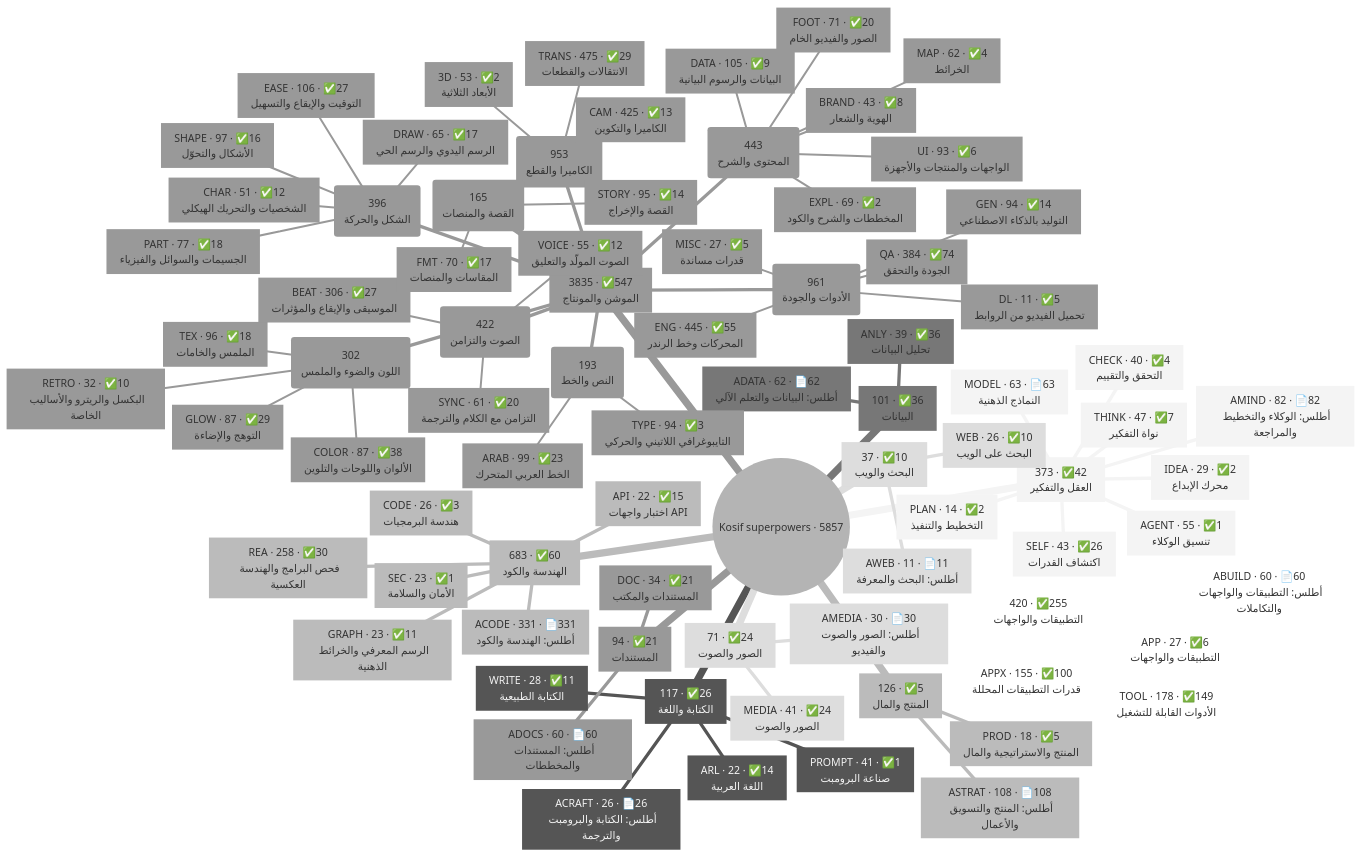
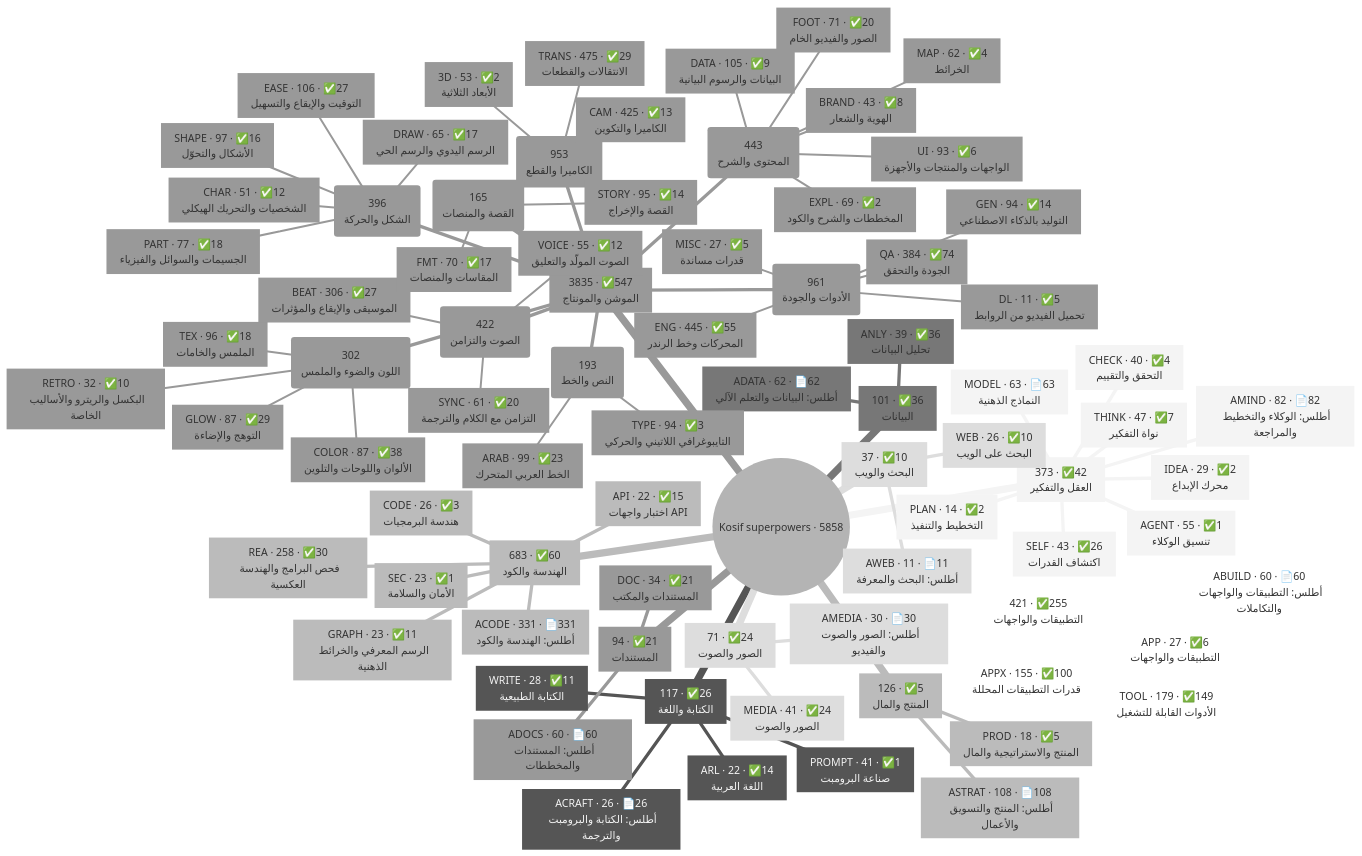
The first of 2 diagrams in .claude/skills/kosif-superpowers/references/capability-map.md (kosif199022-jpg/kosif-tool), drawn with Mermaid (neutral theme) before and after one commit. The commit also changed other lines of this file and 46 other files, not shown here.

````diff
--- a/.claude/skills/kosif-superpowers/references/capability-map.md
+++ b/.claude/skills/kosif-superpowers/references/capability-map.md
@@ -18,6 +18,6 @@
 ```mermaid
 mindmap
-  root((Kosif superpowers · 5857))
+  root((Kosif superpowers · 5858))
     n1["`373 · ✅42
 العقل والتفكير`"]
       n2["`AMIND · 82 · 📄82
@@ -78,9 +78,9 @@
 البحث على الويب`"]
       n30["`AWEB · 11 · 📄11
 أطلس: البحث والمعرفة`"]
-    n31["`420 · ✅255
+    n31["`421 · ✅255
 التطبيقات والواجهات`"]
-      n32["`TOOL · 178 · ✅149
+      n32["`TOOL · 179 · ✅149
 الأدوات القابلة للتشغيل`"]
       n33["`APPX · 155 · ✅100
 قدرات التطبيقات المحللة`"]
````
